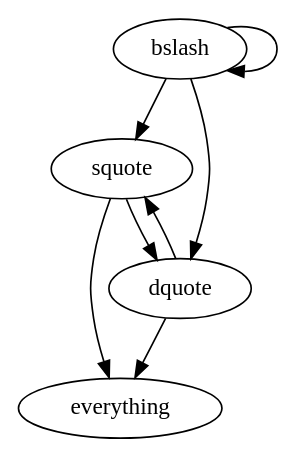
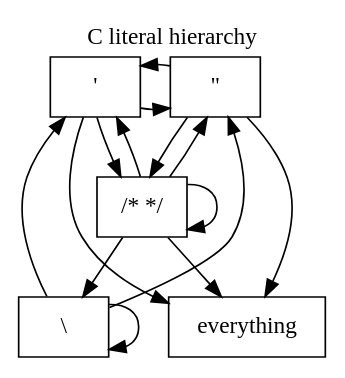
Before and after one commit to wacfeld/comp: the diagram in lithier.gv, drawn with Graphviz. The commit also changed 2 other files, not shown here.

Commit message:
comment (integrated with lithier)

```diff
--- a/lithier.gv
+++ b/lithier.gv
@@ -1,10 +1,29 @@
 digraph G {
 	graph [layout=dot rankdir=TB]
 
+label="C literal hierarchy";
+labelloc="t";
+squote[label="'",shape="box"];
+dquote[label="\"",shape="box"];
+bslash[label="\\",shape="box"];
+comment[label="/* */",shape="box"];
+everything[shape="box"];
   squote -> everything
   dquote -> everything
   squote -> dquote
   dquote -> squote
   bslash -> {bslash squote dquote}
+  comment -> dquote
+  dquote -> comment
+  comment -> everything
+  comment -> squote
+  squote -> comment
+  comment -> bslash
+  comment -> comment
+  
+/* lol */
 
+    {rank=same; comment}
+    {rank=same; squote, dquote}
+    
 }
```
